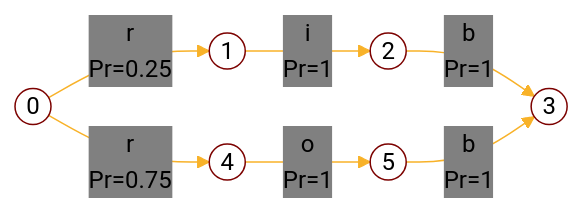
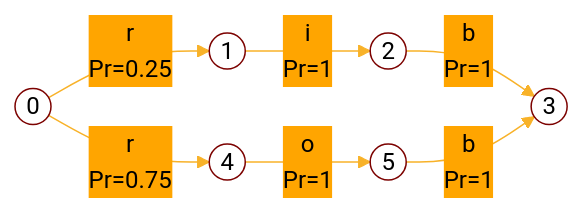
One commit to tirmisula/tirmisula.github.io changed the second of 4 diagrams in content/posts/conditional-random-field.md. Above: the diagram before and after it, drawn with Mermaid. The commit also changed other lines of this file, not shown here.

````diff
--- a/content/posts/conditional-random-field.md
+++ b/content/posts/conditional-random-field.md
@@ -216,24 +216,24 @@
 ```mermaid
 %%{
   init: {
     'theme': 'base',
     "htmlLabels": true,
     "securityLevel": "loose",
     'themeVariables': {
       'primaryColor': 'white',
       'primaryTextColor': '#000',
       'primaryBorderColor': '#7C0200',
       'lineColor': '#F8B229',
-      'secondaryColor': 'grey',
+      'secondaryColor': 'orange',
       'tertiaryColor': '#fff'
     }
   }
 }%%
 flowchart LR
     id1((0)) -->|r\nPr=0.25| id2((1))
     id2((1)) -->|i\nPr=1| id3((2))
     id3((2)) -->|b\nPr=1| id4((3))
     id1((0)) -->|r\nPr=0.75| id5((4))
     id5((4)) -->|o\nPr=1| id6((5))
     id6((5)) -->|b\nPr=1| id4((3))
 ```
````
